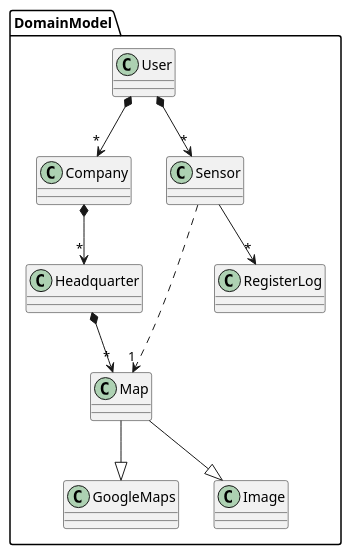
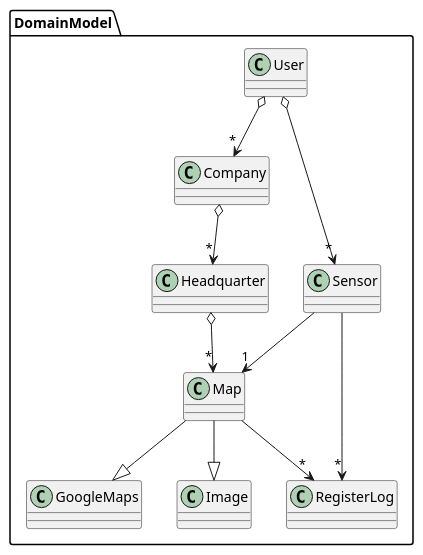
The diagram in docs/src/domainModel/domainModel.puml (jumpering/pestmonitors), drawn with PlantUML before and after one commit. The commit also changed 1 other file, not shown here.

```diff
--- a/docs/src/domainModel/domainModel.puml
+++ b/docs/src/domainModel/domainModel.puml
@@ -1,22 +1,23 @@
 @startuml
 namespace DomainModel{
 class User
 class Company
 class Headquarter
 class Map
 class GoogleMaps
 class Image
 class Sensor
 class RegisterLog
 
-User  *--> "*" Sensor
-User *--> "*" Company
-Company *--> "*" Headquarter
-Headquarter *--> "*" Map
+User  o--> "*" Sensor
+User o--> "*" Company
+Company o--> "*" Headquarter
+Headquarter o--> "*" Map
 Map -down-|> GoogleMaps
 Map -down-|> Image
 
-Sensor ..> "1" Map
+Sensor --> "1" Map
 Sensor --> "*" RegisterLog
+Map --> "*" RegisterLog
 }
 @enduml
```
